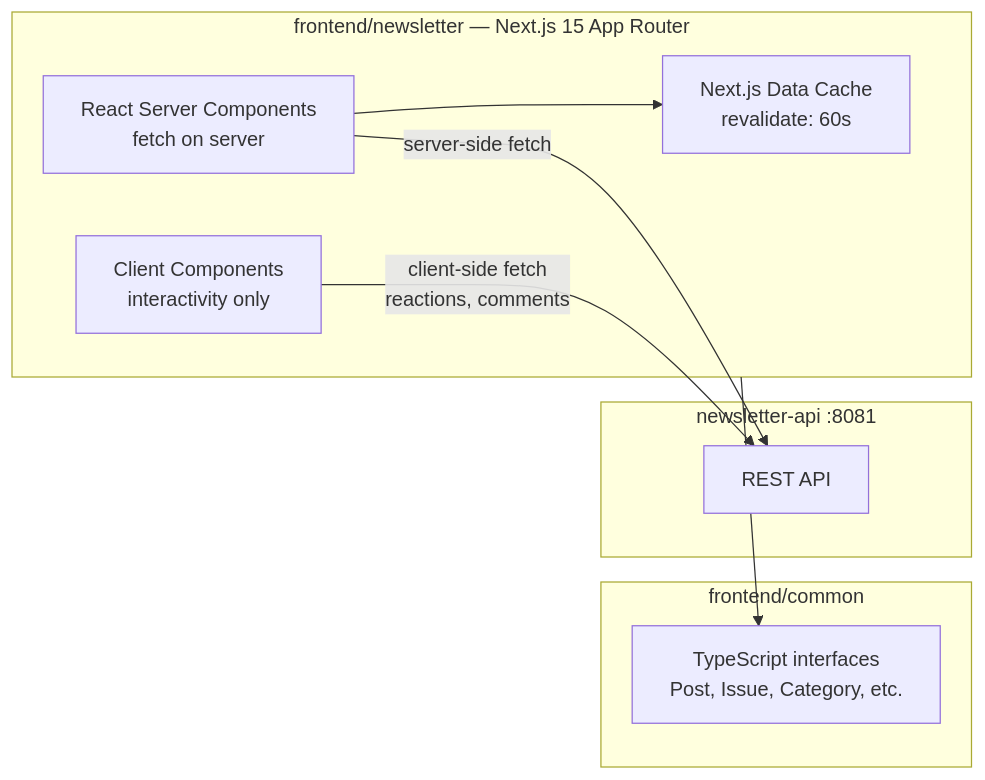
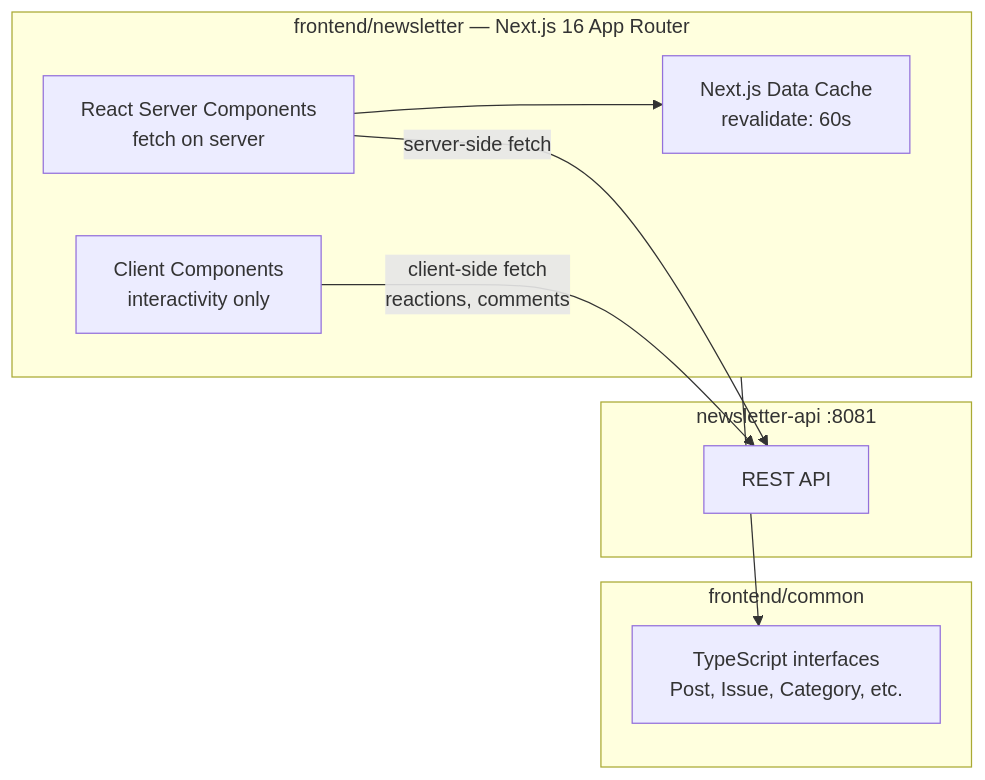
One commit to itsevalieu/elieu changed the diagram in docs/phases/phase-2-newspaper-layout.md. Above: the diagram before and after it, drawn with Mermaid. The commit also changed other lines of this file and 15 other files, not shown here.

````diff
--- a/docs/phases/phase-2-newspaper-layout.md
+++ b/docs/phases/phase-2-newspaper-layout.md
@@ -15,21 +15,21 @@
 ```mermaid
 flowchart LR
-    subgraph newsletter [frontend/newsletter — Next.js 15 App Router]
+    subgraph newsletter [frontend/newsletter — Next.js 16 App Router]
         RSC[React Server Components\nfetch on server]
         CC[Client Components\ninteractivity only]
         CACHE[Next.js Data Cache\nrevalidate: 60s]
     end
 
     subgraph common [frontend/common]
         TYPES[TypeScript interfaces\nPost, Issue, Category, etc.]
     end
 
     subgraph api [newsletter-api :8081]
         REST[REST API]
     end
 
     RSC -->|server-side fetch| REST
     RSC --> CACHE
     CC -->|client-side fetch\nreactions, comments| REST
     newsletter --> TYPES
 ```
````
